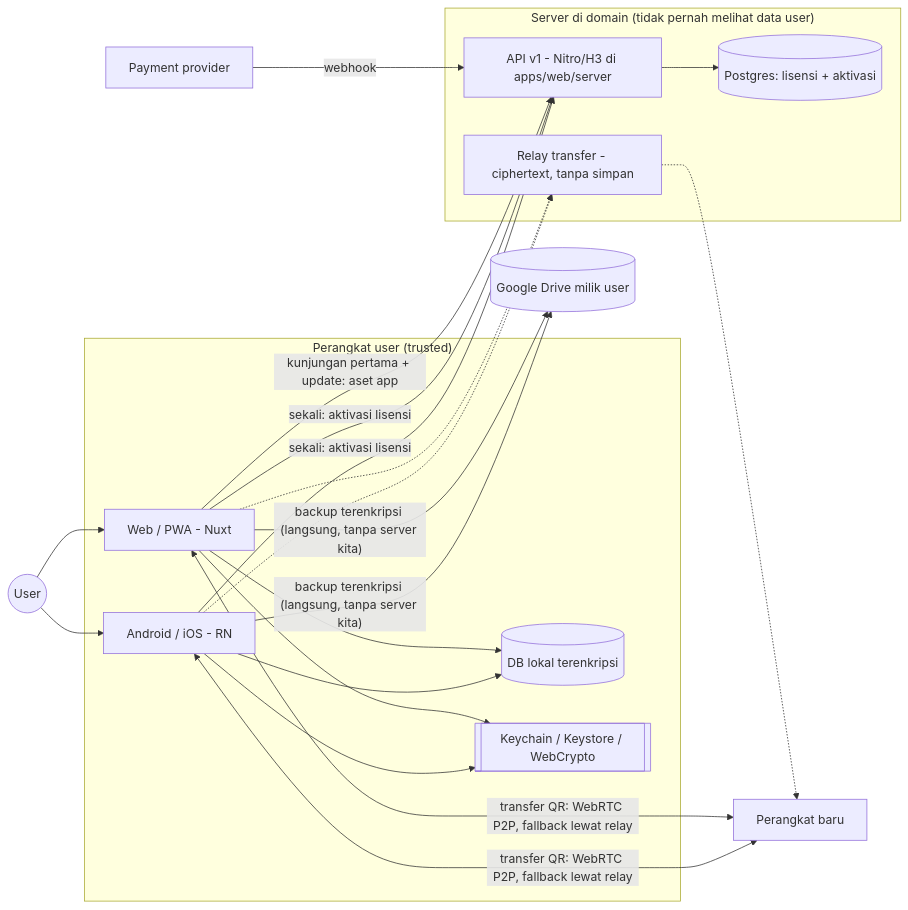
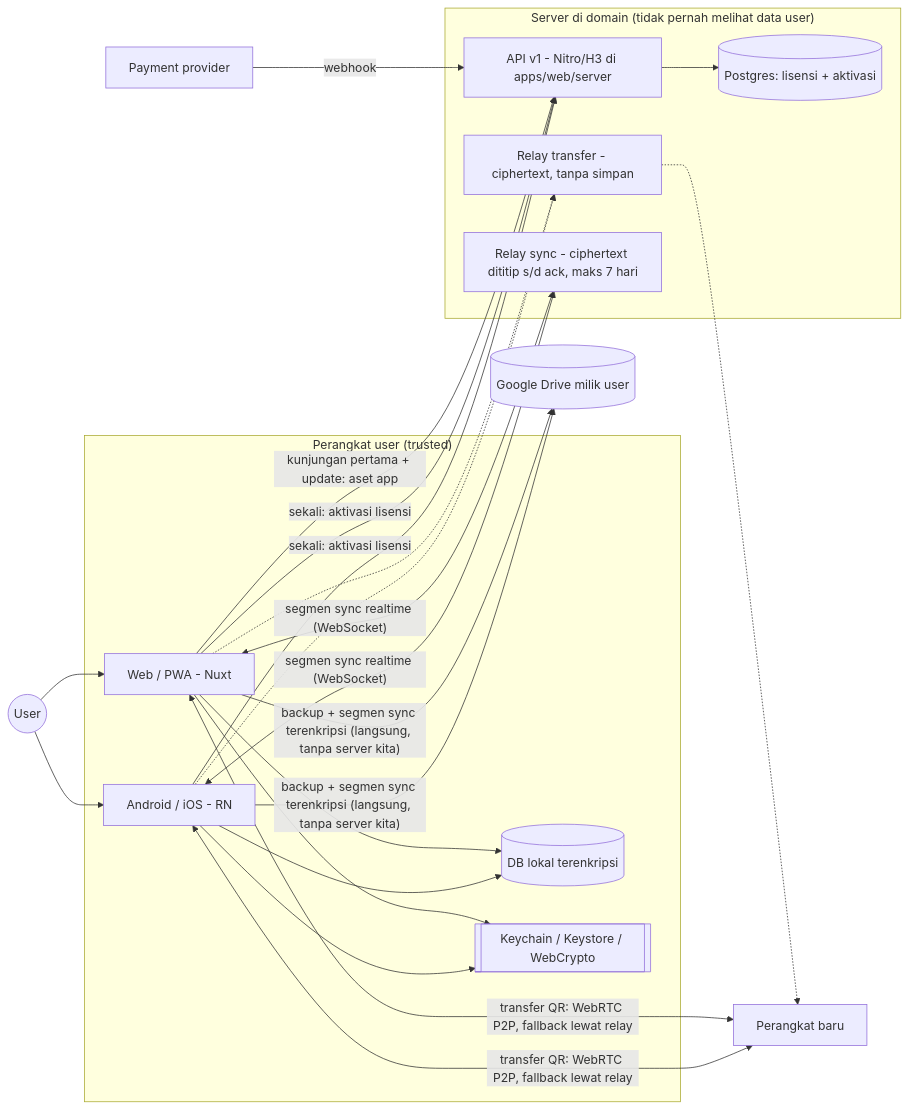
Before and after one commit to rijalsolahudin/improve-personal-web: the first of 5 diagrams in ARCHITECTURE.md, drawn with Mermaid. The commit also changed other lines of this file and 5 other files, not shown here.

First line of the commit message:
docs(arch): ADR 17 sync dua lapis + kontrak sync relay/Drive

````diff
--- a/ARCHITECTURE.md
+++ b/ARCHITECTURE.md
@@ -49,28 +56,30 @@
 ```mermaid
 flowchart LR
   U((User))
   subgraph Device["Perangkat user (trusted)"]
     W[Web / PWA - Nuxt]
     M[Android / iOS - RN]
     LDB[(DB lokal terenkripsi)]
     KS[[Keychain / Keystore / WebCrypto]]
   end
   subgraph Cloud["Server di domain (tidak pernah melihat data user)"]
     API[API v1 - Nitro/H3 di apps/web/server]
     PG[(Postgres: lisensi + aktivasi)]
     RL[Relay transfer - ciphertext, tanpa simpan]
+    SR[Relay sync - ciphertext dititip s/d ack, maks 7 hari]
   end
   PAY[Payment provider]
   GD[(Google Drive milik user)]
   D2[Perangkat baru]
   U --> W & M
   W & M --> LDB
   W & M --> KS
   W -- "kunjungan pertama + update: aset app" --> API
   W & M -- "sekali: aktivasi lisensi" --> API
   PAY -- webhook --> API
   API --> PG
-  W & M -- "backup terenkripsi (langsung, tanpa server kita)" --> GD
+  W & M -- "backup + segmen sync terenkripsi (langsung, tanpa server kita)" --> GD
+  W & M <-- "segmen sync realtime (WebSocket)" --> SR
   W & M <-- "transfer QR: WebRTC P2P, fallback lewat relay" --> D2
   W & M -.-> RL -.-> D2
 ```
````
